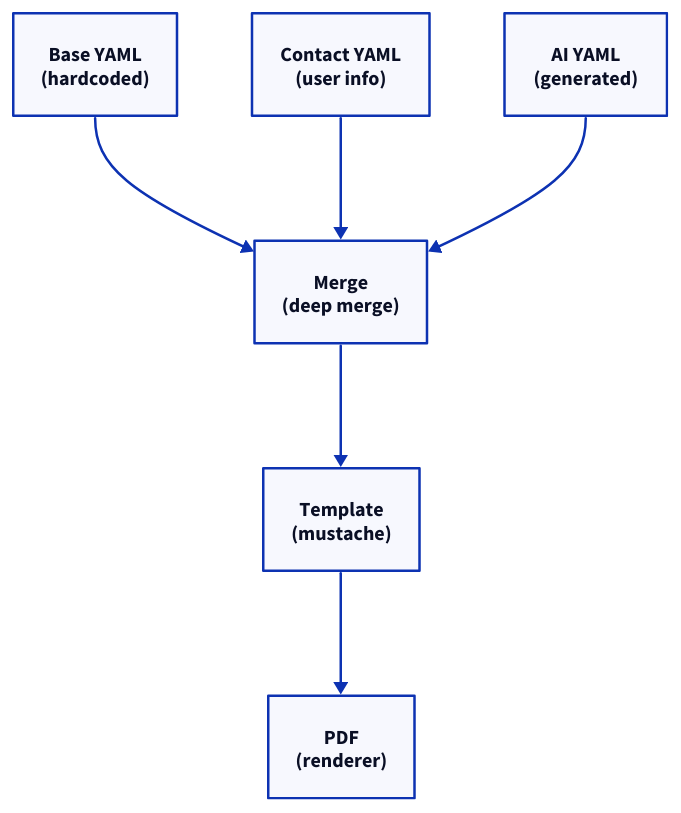
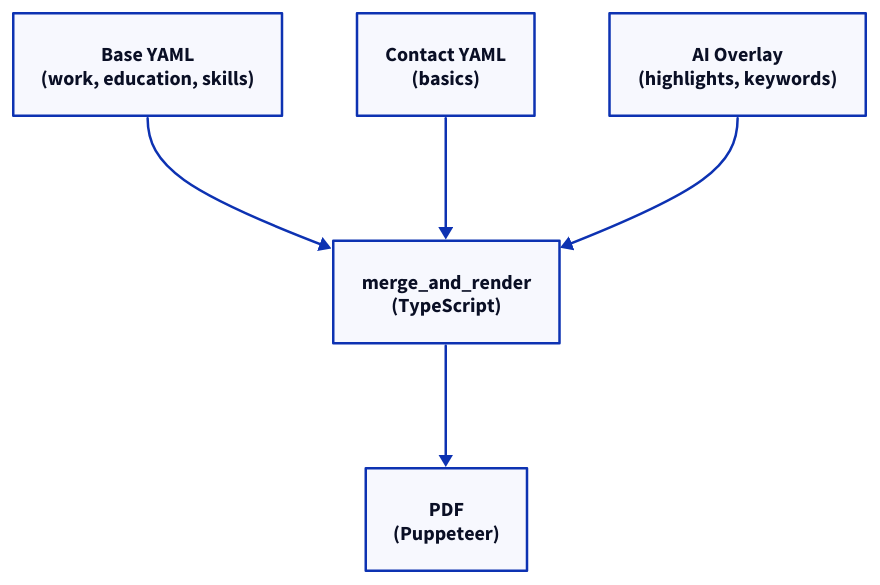
The diagram in packages/agent-marketplace/skills/write-resume/references/execute.md (alc0der/autopilot-careers-community), drawn with D2 before and after one commit. The commit also changed other lines of this file and 18 other files, not shown here.

````diff
--- a/packages/agent-marketplace/skills/write-resume/references/execute.md
+++ b/packages/agent-marketplace/skills/write-resume/references/execute.md
@@ -5,33 +5,28 @@
 ```d2
 direction: down
 
 base: Base YAML {
-  label: "Base YAML\n(hardcoded)"
+  label: "Base YAML\n(work, education, skills)"
 }
 
 contact: Contact YAML {
-  label: "Contact YAML\n(user info)"
+  label: "Contact YAML\n(basics)"
 }
 
-ai: AI YAML {
-  label: "AI YAML\n(generated)"
+ai: AI Overlay YAML {
+  label: "AI Overlay\n(highlights, keywords)"
 }
 
-merge: Merge {
-  label: "Merge\n(deep merge)"
-}
-
-template: Template {
-  label: "Template\n(mustache)"
+merge: Merge & Render {
+  label: "merge_and_render\n(TypeScript)"
 }
 
 pdf: PDF {
-  label: "PDF\n(renderer)"
+  label: "PDF\n(Puppeteer)"
 }
 
 base -> merge
 contact -> merge
 ai -> merge
-merge -> template
-template -> pdf
+merge -> pdf
 ```
````
